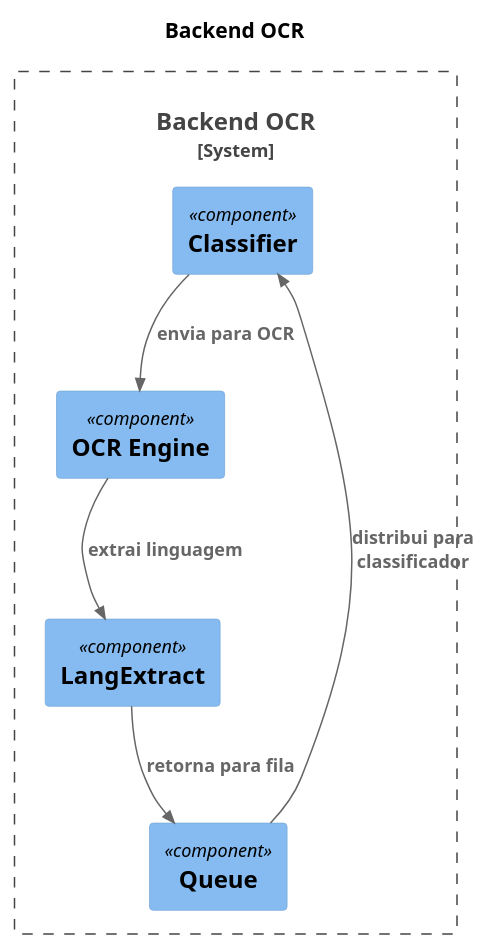
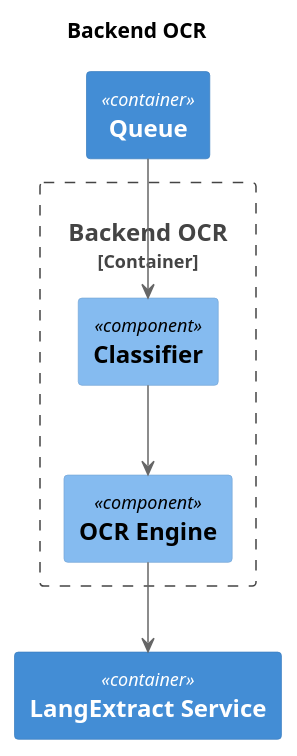
Before and after one commit to InnoVoxAI/docuparser: the diagram in docs/specs/backend_ocr.puml, drawn with PlantUML. The commit also changed 4 other files, not shown here.

```diff
--- a/docs/specs/backend_ocr.puml
+++ b/docs/specs/backend_ocr.puml
@@ -1,19 +1,19 @@
 @startuml
 !includeurl https://raw.githubusercontent.com/plantuml-stdlib/C4-PlantUML/master/C4_Component.puml
 
 title Backend OCR
 
-System_Boundary(ocr, "Backend OCR") {
+Container_Boundary(ocr, "Backend OCR") {
 
     Component(classifier, "Classifier")
     Component(ocr_engine, "OCR Engine")
-    Component(langextract, "LangExtract")
-    Component(queue, "Queue")
 }
 
-Rel_D(queue, classifier, "distribui para classificador")
-Rel_D(classifier, ocr_engine, "envia para OCR")
-Rel_D(ocr_engine, langextract, "extrai linguagem")
-Rel_D(langextract, queue, "retorna para fila")
+Container(queue, "Queue")
+Container(langextract, "LangExtract Service")
+
+queue --> classifier
+classifier --> ocr_engine
+ocr_engine --> langextract
 
 @enduml
```
